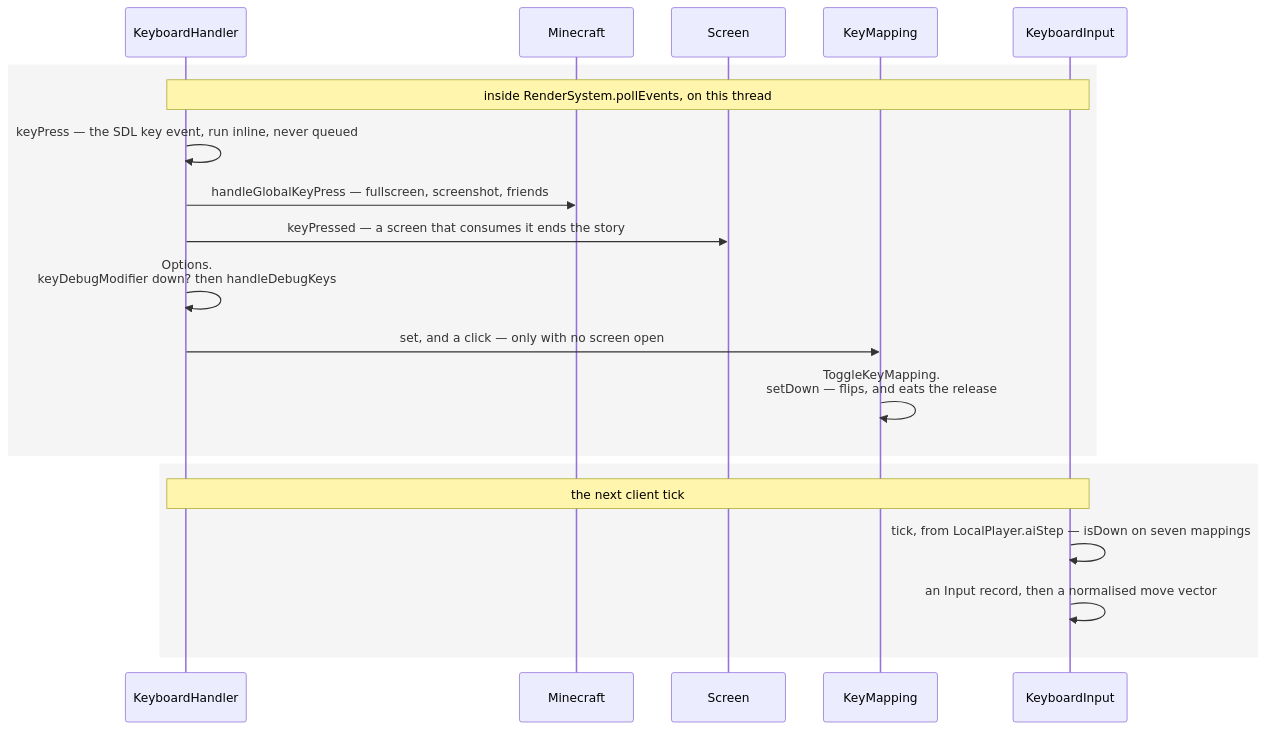
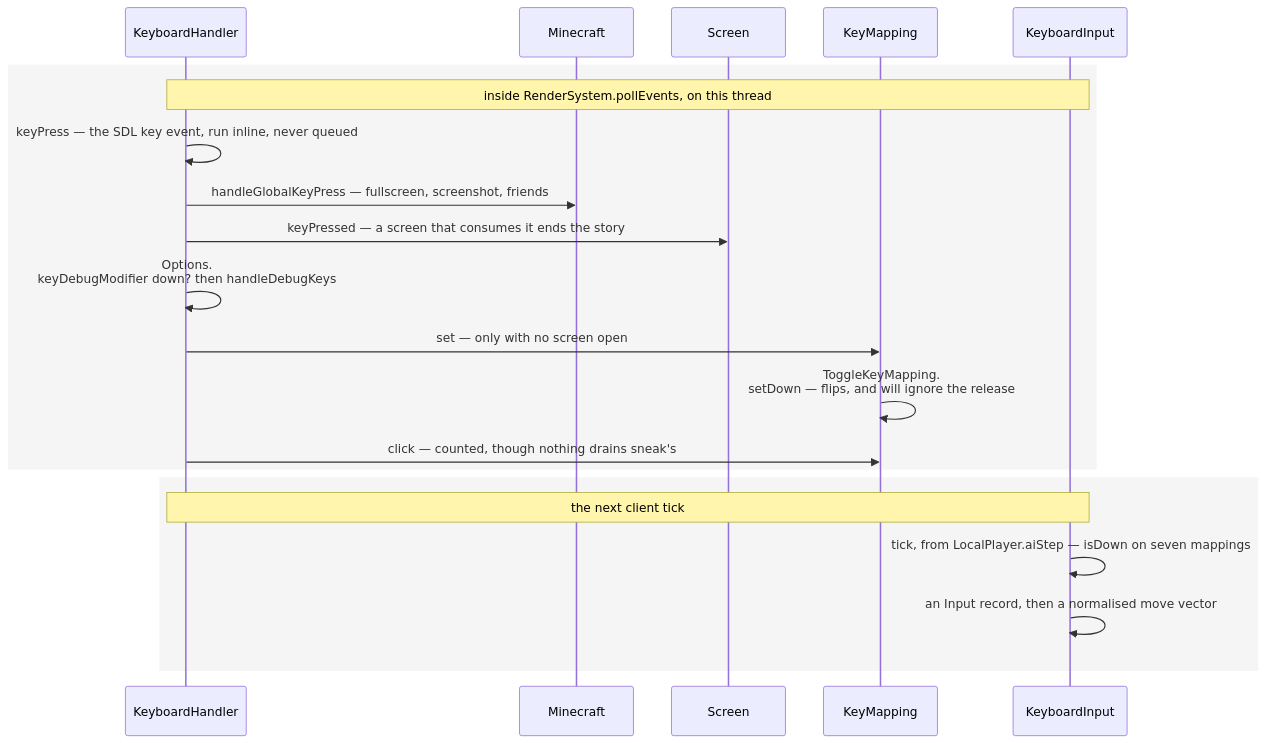
Before and after one commit to AlexanderjFraser/MinecraftDocs: the diagram in src/systems/client/input-and-keybinds.md, drawn with Mermaid. The commit also changed other lines of this file and 33 other files, not shown here.

````diff
--- a/src/systems/client/input-and-keybinds.md
+++ b/src/systems/client/input-and-keybinds.md
@@ -45,22 +44,23 @@
 ```mermaid
 sequenceDiagram
     participant KH as KeyboardHandler
     participant MC as Minecraft
     participant Screen as Screen
     participant KM as KeyMapping
     participant KI as KeyboardInput
     rect rgba(0, 0, 0, 0.04)
     Note over KH,KI: inside RenderSystem.pollEvents, on this thread
     KH->>KH: keyPress — the SDL key event, run inline, never queued
     KH->>MC: handleGlobalKeyPress — fullscreen, screenshot, friends
     KH->>Screen: keyPressed — a screen that consumes it ends the story
     KH->>KH: Options.<br/>keyDebugModifier down? then handleDebugKeys
-    KH->>KM: set, and a click — only with no screen open
-    KM->>KM: ToggleKeyMapping.<br/>setDown — flips, and eats the release
+    KH->>KM: set — only with no screen open
+    KM->>KM: ToggleKeyMapping.<br/>setDown — flips, and will ignore the release
+    KH->>KM: click — counted, though nothing drains sneak's
     end
     rect rgba(0, 0, 0, 0.04)
     Note over KH,KI: the next client tick
     KI->>KI: tick, from LocalPlayer.aiStep — isDown on seven mappings
     KI->>KI: an Input record, then a normalised move vector
     end
 ```
````
